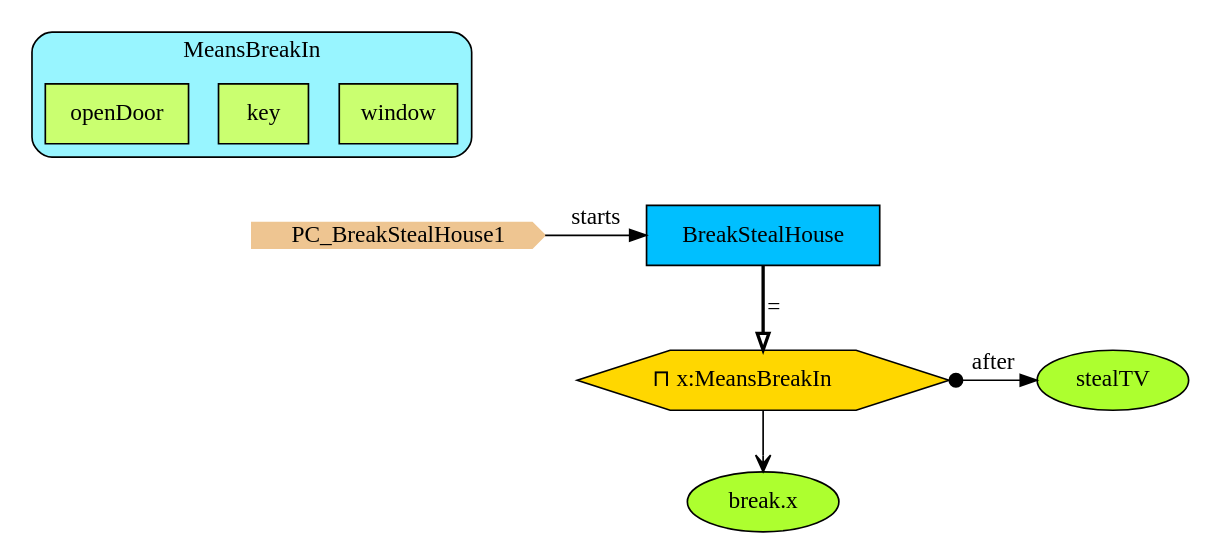
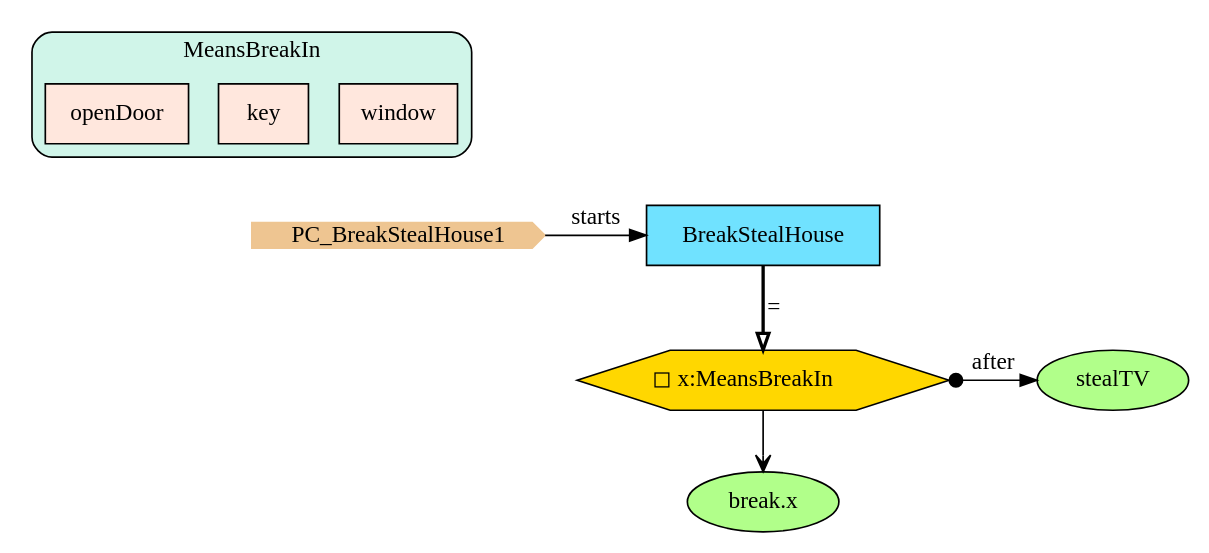
One commit to namalio/Fragmenta changed the diagram in Haskell/PCs/Examples/img/PC_BreakStealHouse1.gv. Above: the diagram before and after it, drawn with Graphviz. The commit also changed 70 other files, not shown here.

```diff
--- a/Haskell/PCs/Examples/img/PC_BreakStealHouse1.gv
+++ b/Haskell/PCs/Examples/img/PC_BreakStealHouse1.gv
@@ -1,27 +1,27 @@
 digraph {
 subgraph cluster_MeansBreakIn {
 style="filled,rounded";
 label =MeansBreakIn;
-fillcolor = cadetblue1;
-window[shape=box,fillcolor=darkolivegreen1,style="filled",label="window"];
-key[shape=box,fillcolor=darkolivegreen1,style="filled",label="key"];
-openDoor[shape=box,fillcolor=darkolivegreen1,style="filled",label="openDoor"];
+fillcolor = "#D0F5E9";
+window[shape=box,fillcolor="#FFE7DD",style="filled",label="window"];
+key[shape=box,fillcolor="#FFE7DD",style="filled",label="key"];
+openDoor[shape=box,fillcolor="#FFE7DD",style="filled",label="openDoor"];
 }
 
 
 window->StartN_[style=invis]
 StartN_ [shape = cds,color=burlywood2,style=filled,height=.2,width=.2, label =PC_BreakStealHouse1];
 
-BreakStealHouse [shape=box,fillcolor=deepskyblue,style = filled,label="BreakStealHouse"];
-stealTV [shape=ellipse,fillcolor=greenyellow,style=filled,label="stealTV"];
-break [shape=ellipse,fillcolor=greenyellow,style=filled,label="break.x"];
-Qabc1e05 [shape=hexagon,fillcolor=gold1,style=filled,label=<⊓ x:MeansBreakIn>];
+BreakStealHouse [shape=box,fillcolor="#70E2FF",style = filled,label="BreakStealHouse"];
+stealTV [shape=ellipse,fillcolor="#B1FF8A",style=filled,label="stealTV"];
+break [shape=ellipse,fillcolor="#B1FF8A",style=filled,label="break.x"];
+Q6f6f8896 [shape=hexagon,fillcolor=gold1,style=filled,label=<◻︎ x:MeansBreakIn>];
 
-{rank=same;stealTV,Qabc1e05}
+{rank=same;stealTV,Q6f6f8896}
 {rank=same;BreakStealHouse,StartN_}
 
-Qabc1e05->break[arrowhead="open"];
-Qabc1e05->stealTV[arrowtail=dot,dir=both,label="after"];
-BreakStealHouse->Qabc1e05[arrowhead="onormal",penwidth=2,label="="];
+Q6f6f8896->break[arrowhead="open"];
+Q6f6f8896->stealTV[arrowtail=dot,dir=both,label="after"];
+BreakStealHouse->Q6f6f8896[arrowhead="onormal",penwidth=2,label="="];
 StartN_->BreakStealHouse[label="starts"];
 }
```
